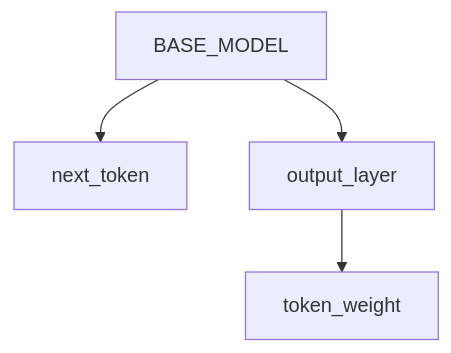
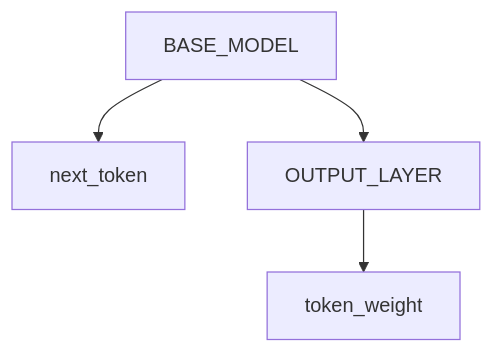
One commit to zhangsheng377/TRM changed the second of 2 diagrams in README.md. Above: the diagram before and after it, drawn with Mermaid.

````diff
--- a/README.md
+++ b/README.md
@@ -24,6 +24,6 @@
 ```mermaid
 graph TD
     BASE_MODEL[BASE_MODEL] --> next_token[next_token]
-    BASE_MODEL[BASE_MODEL] --> output_layer[output_layer]
-    output_layer[output_layer] --> token_weight[token_weight]
+    BASE_MODEL[BASE_MODEL] --> OUTPUT_LAYER[OUTPUT_LAYER]
+    OUTPUT_LAYER[OUTPUT_LAYER] --> token_weight[token_weight]
 ```
````
